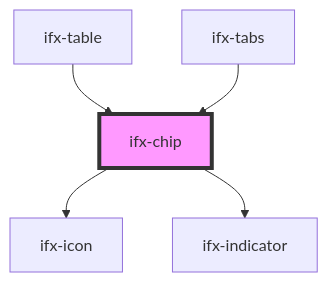
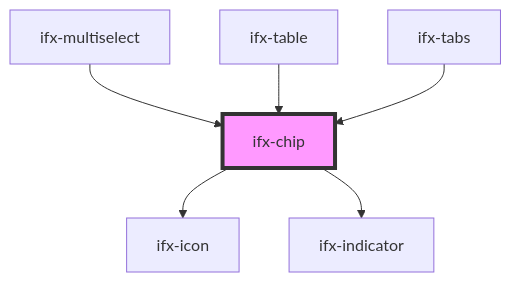
The diagram in packages/components/src/components/chip/readme.md (Infineon/infineon-design-system-stencil), drawn with Mermaid before and after one commit. The commit also changed other lines of this file, not shown here.

Commit message:
docs(set-filter): update generated dependency graph for chip

````diff
--- a/packages/components/src/components/chip/readme.md
+++ b/packages/components/src/components/chip/readme.md
@@ -59,8 +60,9 @@
 ```mermaid
 graph TD;
   ifx-chip --> ifx-icon
   ifx-chip --> ifx-indicator
+  ifx-multiselect --> ifx-chip
   ifx-table --> ifx-chip
   ifx-tabs --> ifx-chip
   style ifx-chip fill:#f9f,stroke:#333,stroke-width:4px
 ```
````
